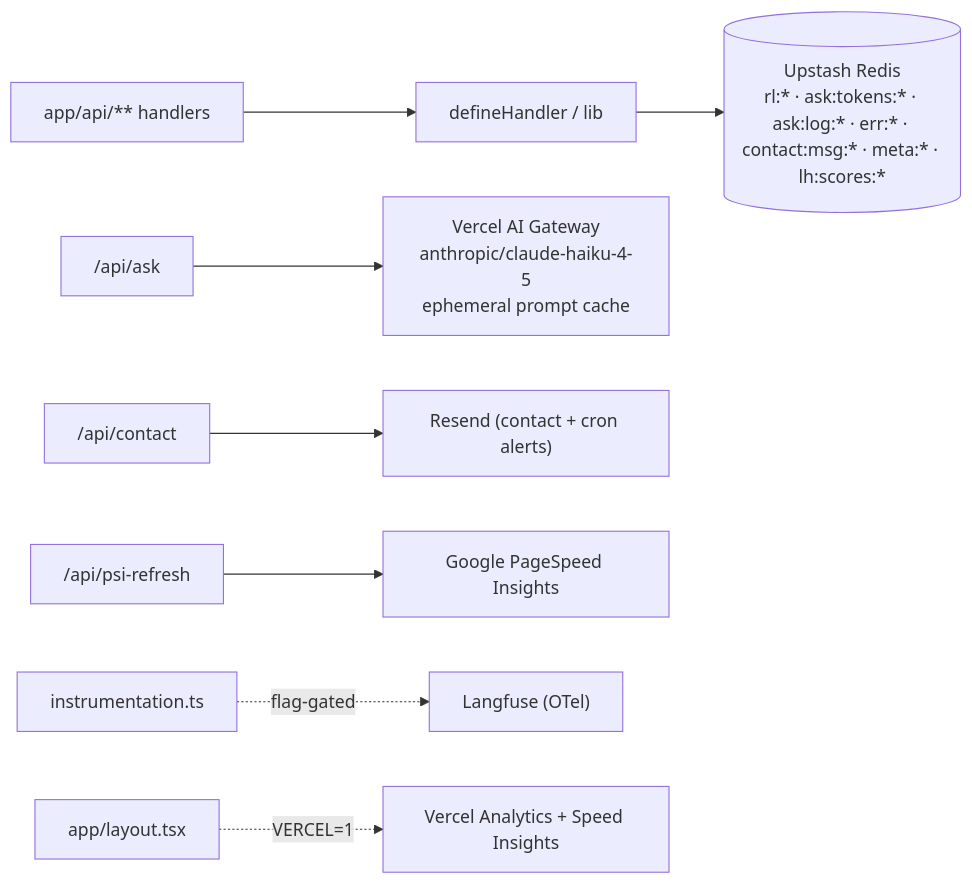
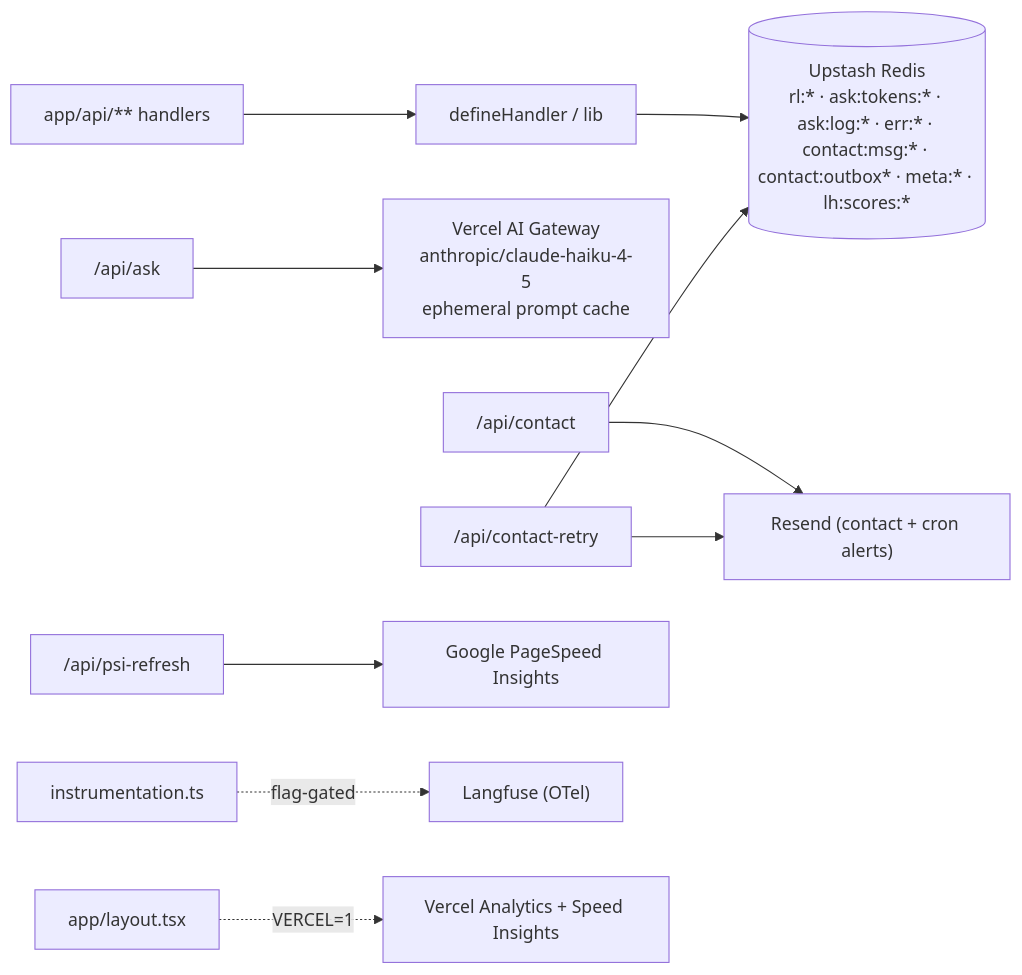
Before and after one commit to erikunha/portfolio: the diagram in docs/05-api-and-integrations.md, drawn with Mermaid. The commit also changed other lines of this file and 21 other files, not shown here.

First line of the commit message:
feat(contact): honest delivery result and daily outbox retry

````diff
--- a/docs/05-api-and-integrations.md
+++ b/docs/05-api-and-integrations.md
@@ -61,10 +64,12 @@
 ```mermaid
 flowchart LR
     routes["app/api/** handlers"] --> defh["defineHandler / lib"]
-    defh --> redis[("Upstash Redis<br/>rl:* · ask:tokens:* · ask:log:* · err:* · contact:msg:* · meta:* · lh:scores:*")]
+    defh --> redis[("Upstash Redis<br/>rl:* · ask:tokens:* · ask:log:* · err:* · contact:msg:* · contact:outbox* · meta:* · lh:scores:*")]
     ask["/api/ask"] --> gw["Vercel AI Gateway<br/>anthropic/claude-haiku-4-5<br/>ephemeral prompt cache"]
     contact["/api/contact"] --> resend["Resend (contact + cron alerts)"]
+    retry["/api/contact-retry"] --> redis
+    retry --> resend
     psicron["/api/psi-refresh"] --> psi["Google PageSpeed Insights"]
     instr["instrumentation.ts"] -.flag-gated.-> lf["Langfuse (OTel)"]
     layout["app/layout.tsx"] -.VERCEL=1.-> rum["Vercel Analytics + Speed Insights"]
 ```
````
